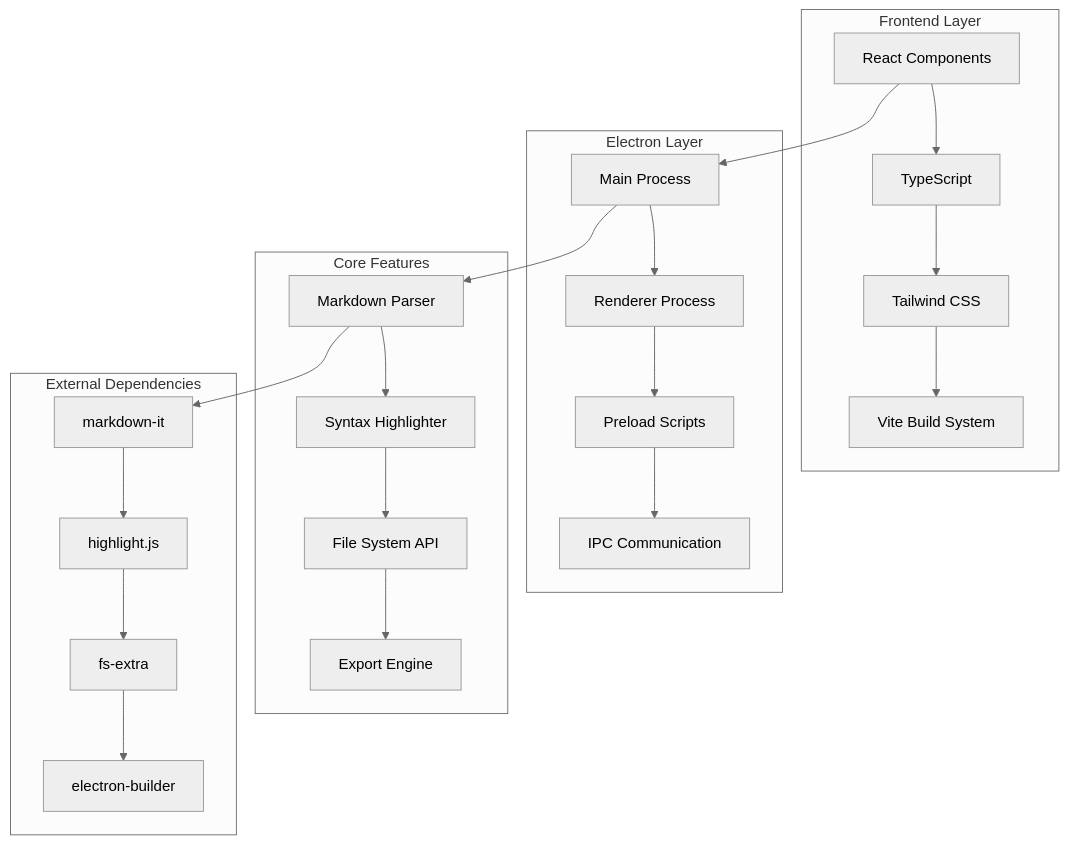
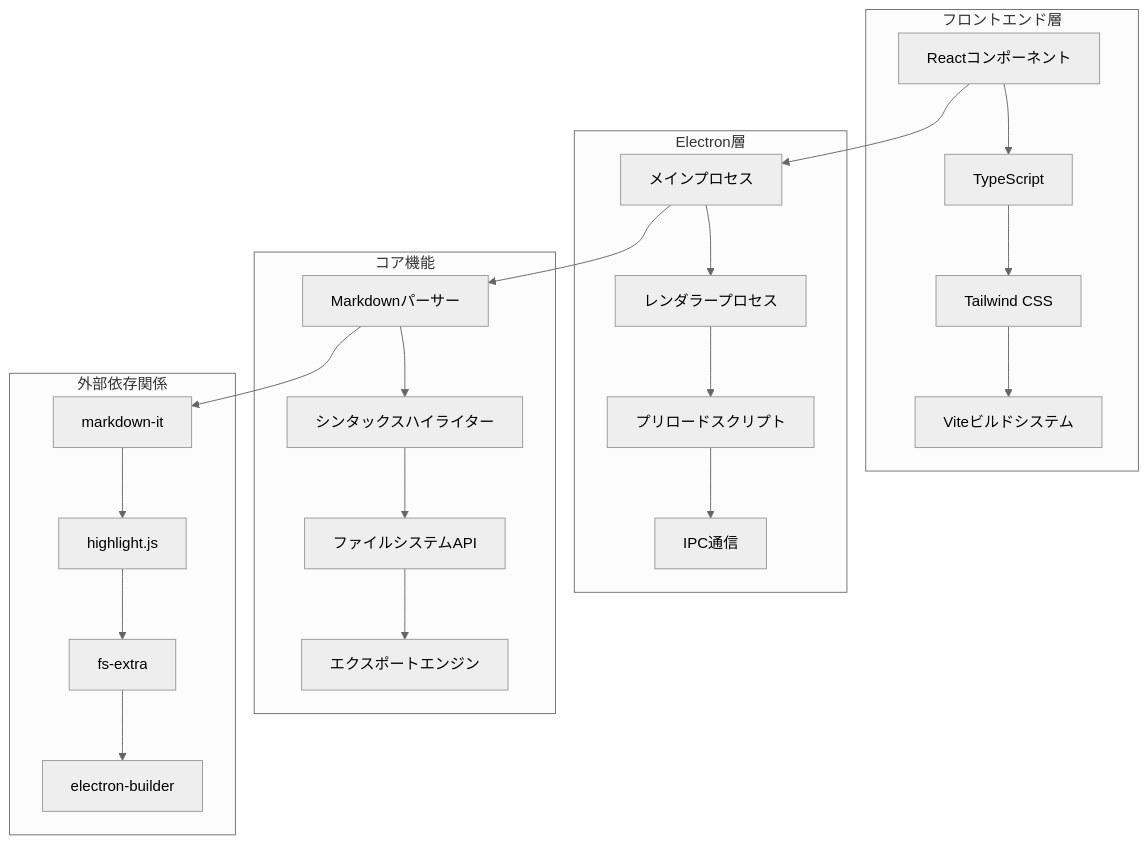
One commit to siro2462/mdoc changed the diagram in README.md. Above: the diagram before and after it, drawn with Mermaid (neutral theme). The commit also changed other lines of this file and 2 other files, not shown here.

First line of the commit message:
docs: translate all documentation to Japanese and add planned features

````diff
--- a/README.md
+++ b/README.md
@@ -83,30 +83,30 @@
 ```mermaid
 graph TB
-    subgraph "Frontend Layer"
-        A[React Components] --> B[TypeScript]
+    subgraph "フロントエンド層"
+        A[Reactコンポーネント] --> B[TypeScript]
         B --> C[Tailwind CSS]
-        C --> D[Vite Build System]
+        C --> D[Viteビルドシステム]
     end
     
-    subgraph "Electron Layer"
-        E[Main Process] --> F[Renderer Process]
-        F --> G[Preload Scripts]
-        G --> H[IPC Communication]
+    subgraph "Electron層"
+        E[メインプロセス] --> F[レンダラープロセス]
+        F --> G[プリロードスクリプト]
+        G --> H[IPC通信]
     end
     
-    subgraph "Core Features"
-        I[Markdown Parser] --> J[Syntax Highlighter]
-        J --> K[File System API]
-        K --> L[Export Engine]
+    subgraph "コア機能"
+        I[Markdownパーサー] --> J[シンタックスハイライター]
+        J --> K[ファイルシステムAPI]
+        K --> L[エクスポートエンジン]
     end
     
-    subgraph "External Dependencies"
+    subgraph "外部依存関係"
         M[markdown-it] --> N[highlight.js]
         N --> O[fs-extra]
         O --> P[electron-builder]
     end
     
     A --> E
     E --> I
     I --> M
 ```
````
